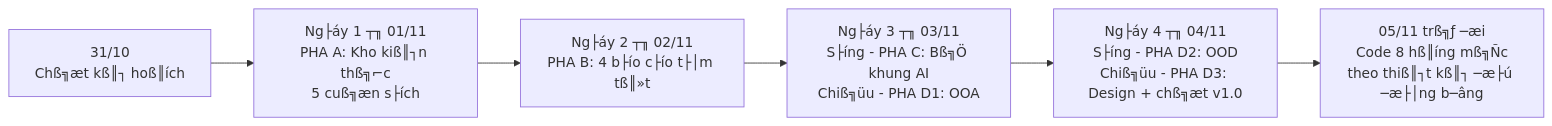
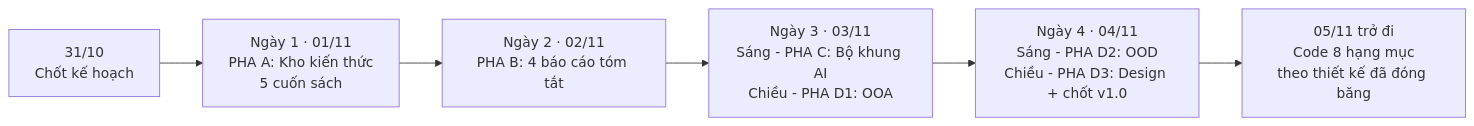
One commit to Tran1209/UML-Patterns-Mastery changed the diagram in Docs_BaoCao/1_QuanLy_Nhom_Va_NhatKy/04_KeHoach_4_Ngay_KhoKienThuc_va_ThietKe.md. Above: the diagram before and after it, drawn with Mermaid. The commit also changed other lines of this file, not shown here.

Commit message:
fix(docs): fix UTF-8 encoding for 04_KeHoach_4_Ngay_KhoKienThuc_va_ThietKe.md

````diff
--- a/Docs_BaoCao/1_QuanLy_Nhom_Va_NhatKy/04_KeHoach_4_Ngay_KhoKienThuc_va_ThietKe.md
+++ b/Docs_BaoCao/1_QuanLy_Nhom_Va_NhatKy/04_KeHoach_4_Ngay_KhoKienThuc_va_ThietKe.md
@@ -11,8 +11,8 @@
 ```mermaid
 flowchart LR
-    D0["31/10<br>Chß╗æt kß║┐ hoß║ích"] --> D1["Ng├áy 1 ┬╖ 01/11<br>PHA A: Kho kiß║┐n thß╗⌐c<br>5 cuß╗æn s├ích"]
-    D1 --> D2["Ng├áy 2 ┬╖ 02/11<br>PHA B: 4 b├ío c├ío t├│m tß║»t"]
-    D2 --> D3["Ng├áy 3 ┬╖ 03/11<br>S├íng - PHA C: Bß╗Ö khung AI<br>Chiß╗üu - PHA D1: OOA"]
-    D3 --> D4["Ng├áy 4 ┬╖ 04/11<br>S├íng - PHA D2: OOD<br>Chiß╗üu - PHA D3: Design + chß╗æt v1.0"]
-    D4 --> D5["05/11 trß╗ƒ ─æi<br>Code 8 hß║íng mß╗Ñc<br>theo thiß║┐t kß║┐ ─æ├ú ─æ├│ng b─âng"]
+    D0["31/10<br>Chốt kế hoạch"] --> D1["Ngày 1 · 01/11<br>PHA A: Kho kiến thức<br>5 cuốn sách"]
+    D1 --> D2["Ngày 2 · 02/11<br>PHA B: 4 báo cáo tóm tắt"]
+    D2 --> D3["Ngày 3 · 03/11<br>Sáng - PHA C: Bộ khung AI<br>Chiều - PHA D1: OOA"]
+    D3 --> D4["Ngày 4 · 04/11<br>Sáng - PHA D2: OOD<br>Chiều - PHA D3: Design + chốt v1.0"]
+    D4 --> D5["05/11 trở đi<br>Code 8 hạng mục<br>theo thiết kế đã đóng băng"]
 ```
````
